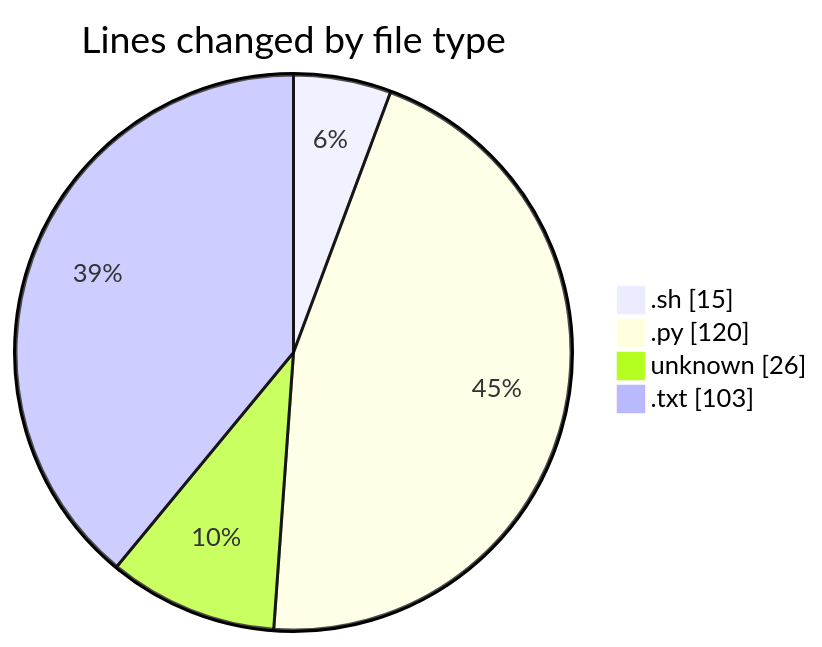
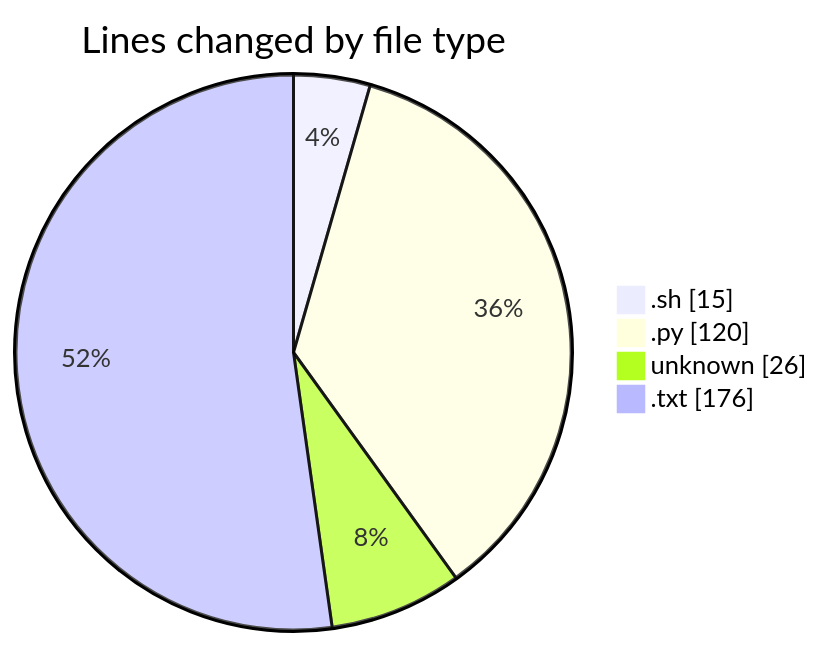
One commit to momahboobian/code-tracking changed the first of 2 diagrams in 2025-01-25/samplepdf/README.md. Above: the diagram before and after it, drawn with Mermaid. The commit also changed other lines of this file and 1 other file, not shown here.

````diff
--- a/2025-01-25/samplepdf/README.md
+++ b/2025-01-25/samplepdf/README.md
@@ -26,8 +26,8 @@
 ```mermaid
 pie showData
 title Lines changed by file type
 ".sh" : 15
 ".py" : 120
 "unknown" : 26
-".txt" : 103
+".txt" : 176
 ```
````
